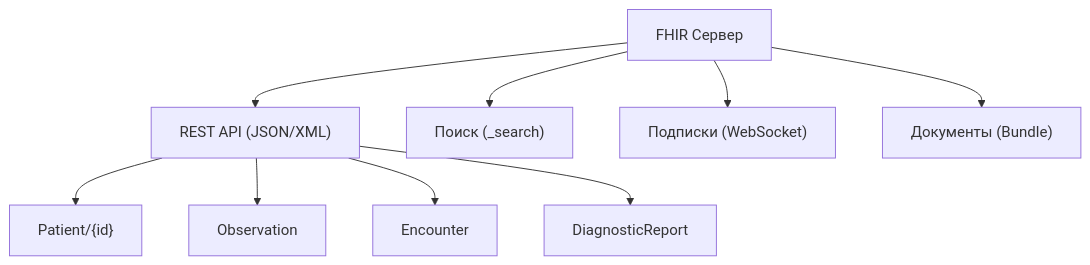
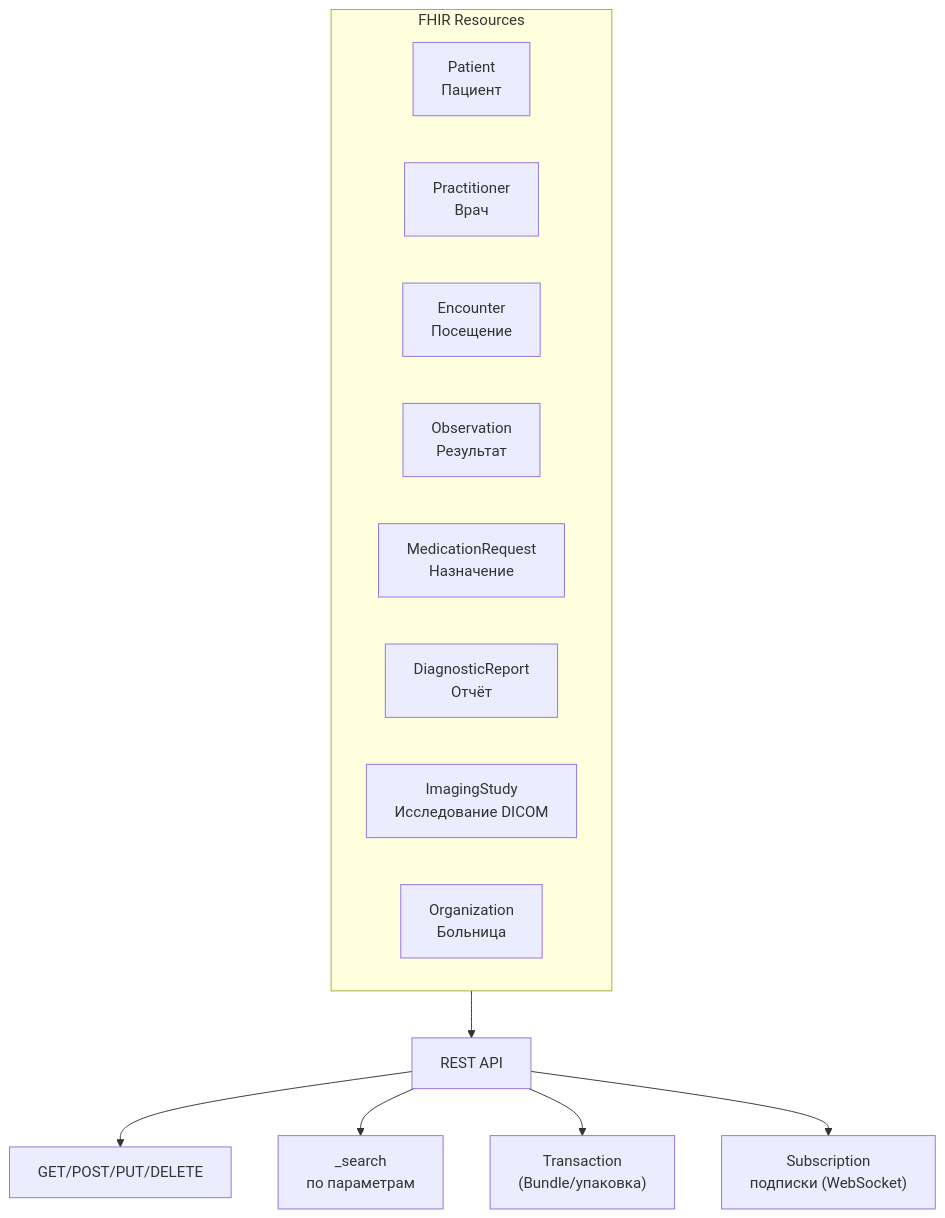
Before and after one commit to sergeyodnoval-bot/sysanalyst-kb.github.io: the diagram in tech/hl7.md, drawn with Mermaid. The commit also changed other lines of this file and 13 other files, not shown here.

````diff
--- a/tech/hl7.md
+++ b/tech/hl7.md
@@ -33,11 +58,18 @@
 ```mermaid
 flowchart TD
-    S["FHIR Сервер"] --> API["REST API (JSON/XML)"]
-    API --> R1["Patient/{id}"]
-    API --> R2["Observation"]
-    API --> R3["Encounter"]
-    API --> R4["DiagnosticReport"]
-    S --> SRCH["Поиск (_search)"]
-    S --> SUB["Подписки (WebSocket)"]
-    S --> DOC["Документы (Bundle)"]
+    subgraph RESOURCES["FHIR Resources"]
+        PAT["Patient<br/>Пациент"]
+        PRAC["Practitioner<br/>Врач"]
+        ENC["Encounter<br/>Посещение"]
+        OBS["Observation<br/>Результат"]
+        MED["MedicationRequest<br/>Назначение"]
+        DIAG["DiagnosticReport<br/>Отчёт"]
+        IMG["ImagingStudy<br/>Исследование DICOM"]
+        ORG["Organization<br/>Больница"]
+    end
+    RESOURCES --> REST["REST API"]
+    REST --> CRUD["GET/POST/PUT/DELETE"]
+    REST --> SRCH["_search<br/>по параметрам"]
+    REST --> TX["Transaction<br/>(Bundle/упаковка)"]
+    REST --> SUB["Subscription<br/>подписки (WebSocket)"]
 ```
````
